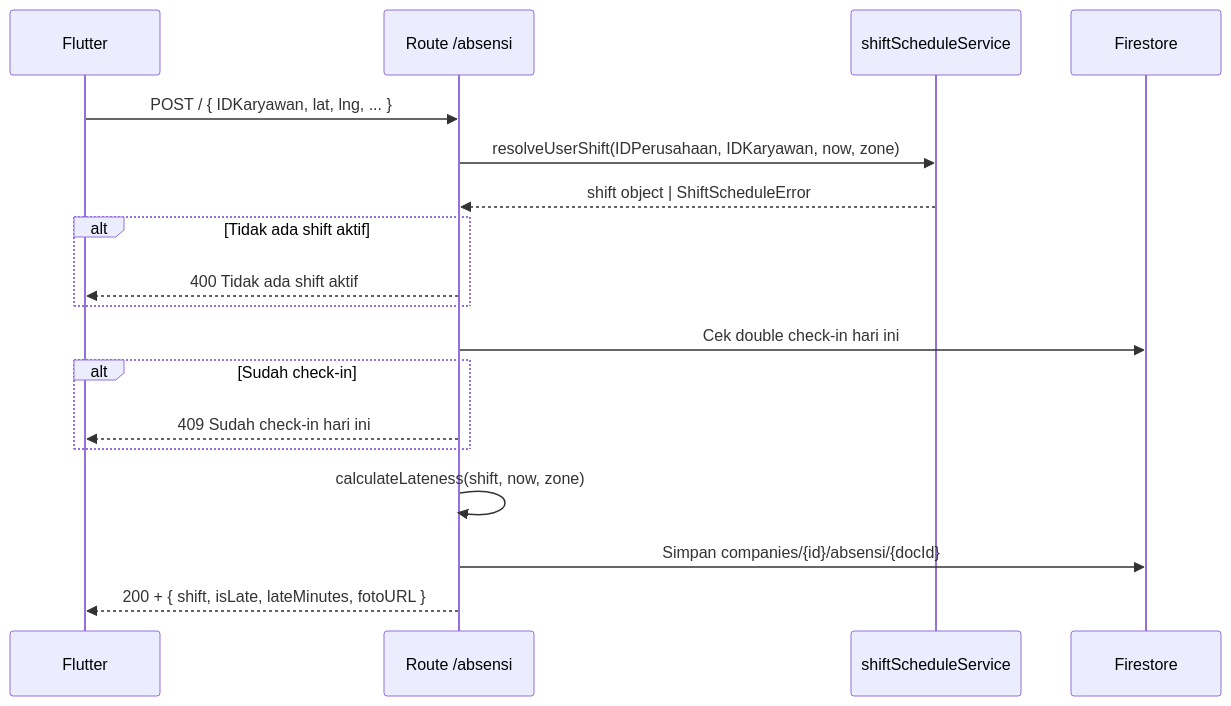
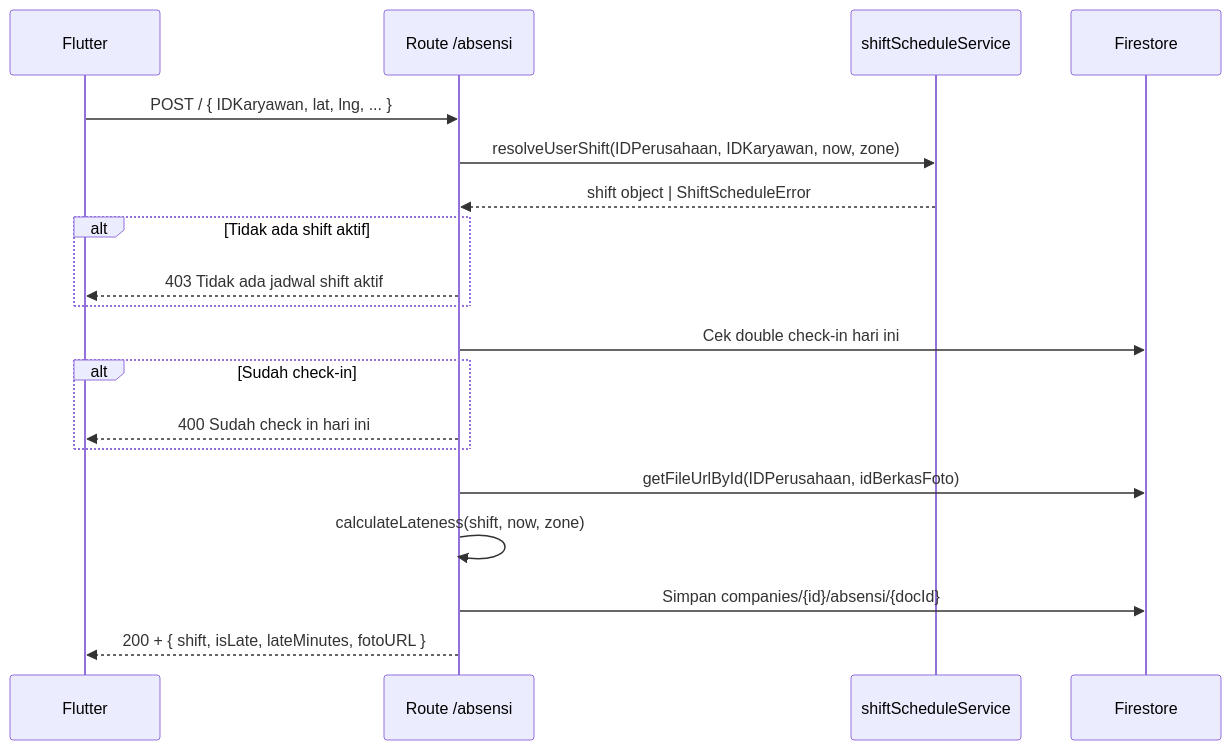
The first of 2 diagrams in docs-site/docs/routes/absensi.md (Doni354/HORA-APIs), drawn with Mermaid before and after one commit. The commit also changed other lines of this file, not shown here.

````diff
--- a/docs-site/docs/routes/absensi.md
+++ b/docs-site/docs/routes/absensi.md
@@ -46,24 +46,25 @@
 ```mermaid
 sequenceDiagram
     participant F as Flutter
     participant BE as Route /absensi
     participant SH as shiftScheduleService
     participant DB as Firestore
 
     F->>BE: POST / { IDKaryawan, lat, lng, ... }
     BE->>SH: resolveUserShift(IDPerusahaan, IDKaryawan, now, zone)
     SH-->>BE: shift object | ShiftScheduleError
 
     alt Tidak ada shift aktif
-        BE-->>F: 400 Tidak ada shift aktif
+        BE-->>F: 403 Tidak ada jadwal shift aktif
     end
 
     BE->>DB: Cek double check-in hari ini
     alt Sudah check-in
-        BE-->>F: 409 Sudah check-in hari ini
+        BE-->>F: 400 Sudah check in hari ini
     end
 
+    BE->>DB: getFileUrlById(IDPerusahaan, idBerkasFoto)
     BE->>BE: calculateLateness(shift, now, zone)
     BE->>DB: Simpan companies/{id}/absensi/{docId}
     BE-->>F: 200 + { shift, isLate, lateMinutes, fotoURL }
 ```
````
